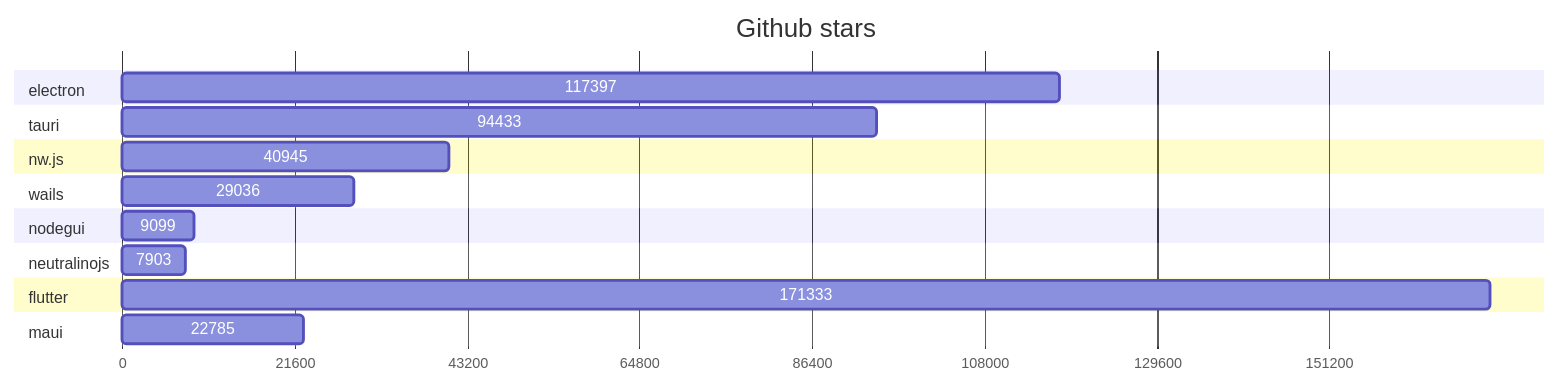
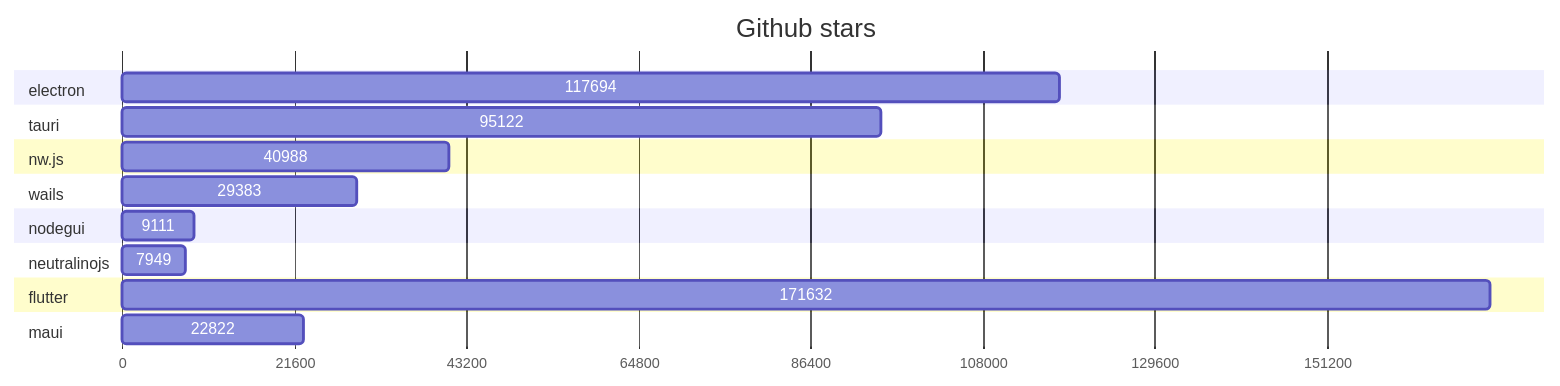
One commit to Elanis/web-to-desktop-framework-comparison changed the first of 2 diagrams in GRAPHS.md. Above: the diagram before and after it, drawn with Mermaid. The commit also changed other lines of this file and 2 other files, not shown here.

Commit message:
Update stars & Fork

````diff
--- a/GRAPHS.md
+++ b/GRAPHS.md
@@ -5,40 +5,40 @@
 ```mermaid
 gantt
     title Github stars
     dateFormat  X
     axisFormat %s
 
 
 	section electron
-	117397 : 0, 117397
+	117694 : 0, 117694
 
 	
 	section tauri
-	94433 : 0, 94433
+	95122 : 0, 95122
 
 	
 	section nw.js
-	40945 : 0, 40945
+	40988 : 0, 40988
 
 	
 	section wails
-	29036 : 0, 29036
+	29383 : 0, 29383
 
 	
 	section nodegui
-	9099 : 0, 9099
+	9111 : 0, 9111
 
 	
 	section neutralinojs
-	7903 : 0, 7903
+	7949 : 0, 7949
 
 	
 	section flutter
-	171333 : 0, 171333
+	171632 : 0, 171632
 
 	
 	section maui
-	22785 : 0, 22785
+	22822 : 0, 22822
 
 	
 ```
````
